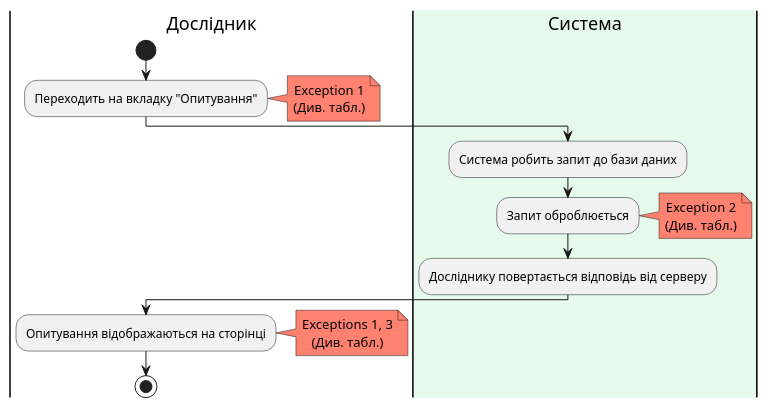
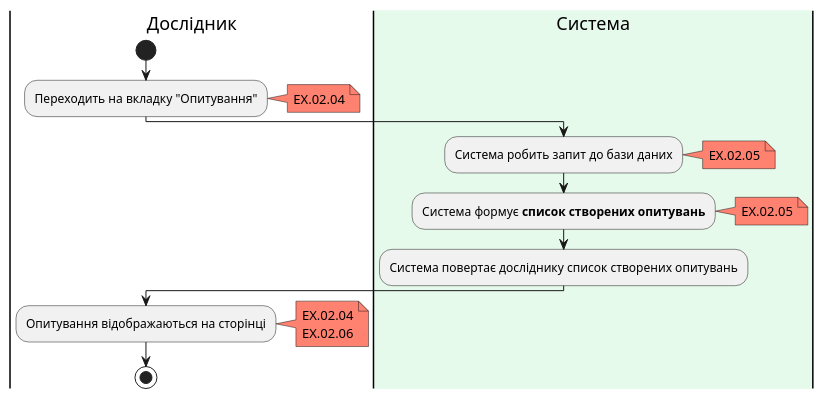
Diagram 13 of 16 in docs/use_cases.md (generalmaks/db_labs), drawn with PlantUML before and after one commit. The commit also changed other lines of this file, not shown here.

Commit message:
Update activity diagram of ShowCreatedSurveys

````diff
--- a/docs/use_cases.md
+++ b/docs/use_cases.md
@@ -643,27 +643,28 @@
 ```plantuml
 @startuml
 |Дослідник|
 start
 skinparam defaultTextAlignment center
 :Переходить на вкладку "Опитування";
 note right #ff8170
-Exception 1
-(Див. табл.)
+EX.02.04
 end note
 |#e6faec|Система|
 :Система робить запит до бази даних;
-:Запит оброблюється;
 note right #ff8170
-Exception 2
-(Див. табл.)
+EX.02.05
 end note
-:Досліднику повертається відповідь від серверу;
+:Система формує **список створених опитувань**;
+note right #ff8170
+EX.02.05
+end note
+:Система повертає досліднику список створених опитувань;
 |Дослідник|
 :Опитування відображаються на сторінці;
 note right #ff8170
-Exceptions 1, 3
-(Див. табл.)
+EX.02.04
+EX.02.06
 end note
 stop
 @enduml
 ```
````
